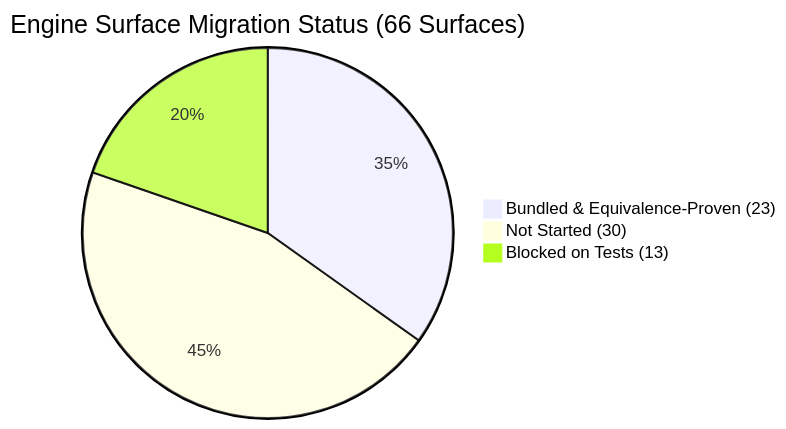
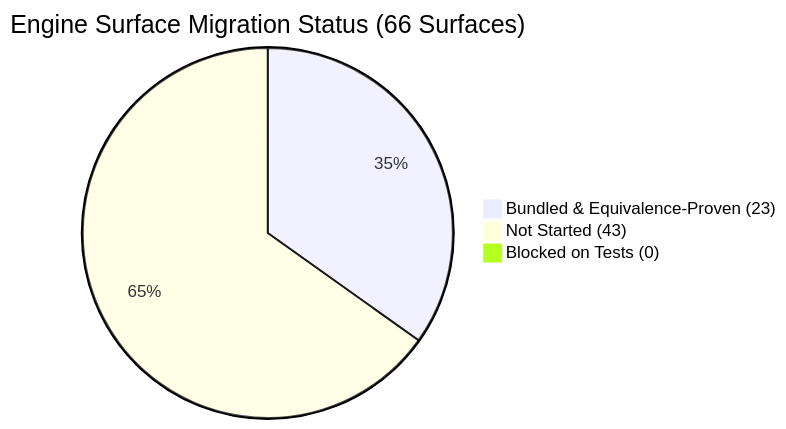
The diagram in docs/COVERAGE.md (wlejon/brosurface), drawn with Mermaid before and after one commit. The commit also changed other lines of this file, not shown here.

Commit message:
docs(coverage): update master coverage ledger - 0 blocked surfaces remaining

````diff
--- a/docs/COVERAGE.md
+++ b/docs/COVERAGE.md
@@ -33,6 +33,6 @@
 ```mermaid
 pie title Engine Surface Migration Status (66 Surfaces)
     "Bundled & Equivalence-Proven (23)" : 23
-    "Not Started (30)" : 30
-    "Blocked on Tests (13)" : 13
+    "Not Started (43)" : 43
+    "Blocked on Tests (0)" : 0
 ```
````
